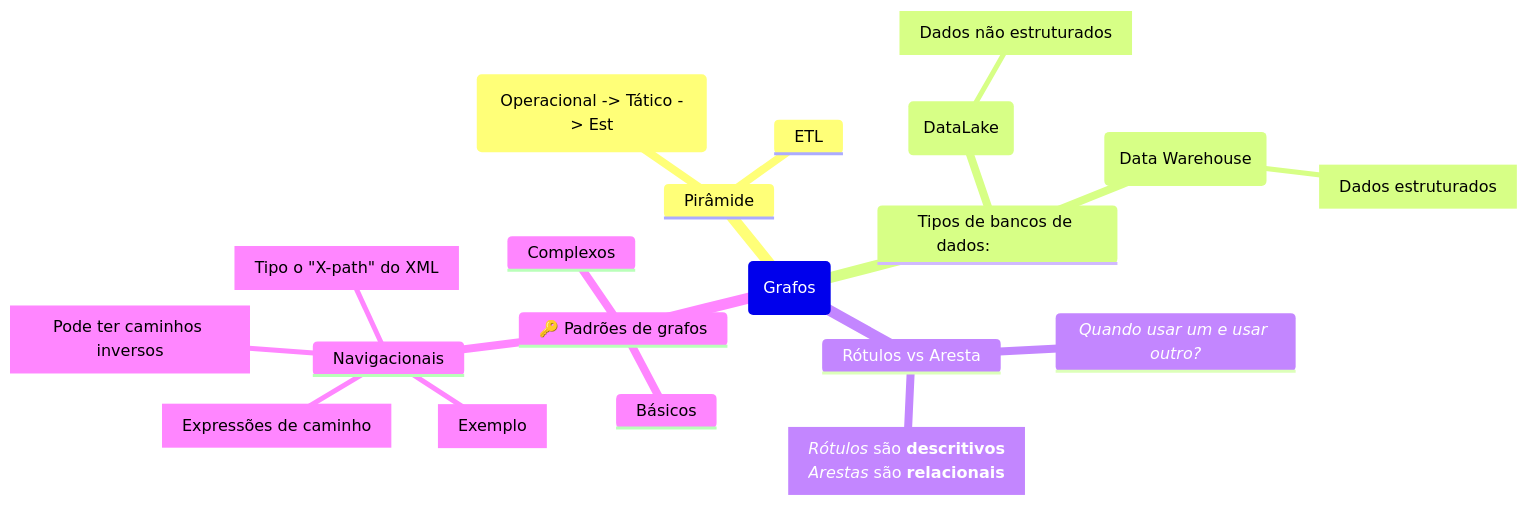
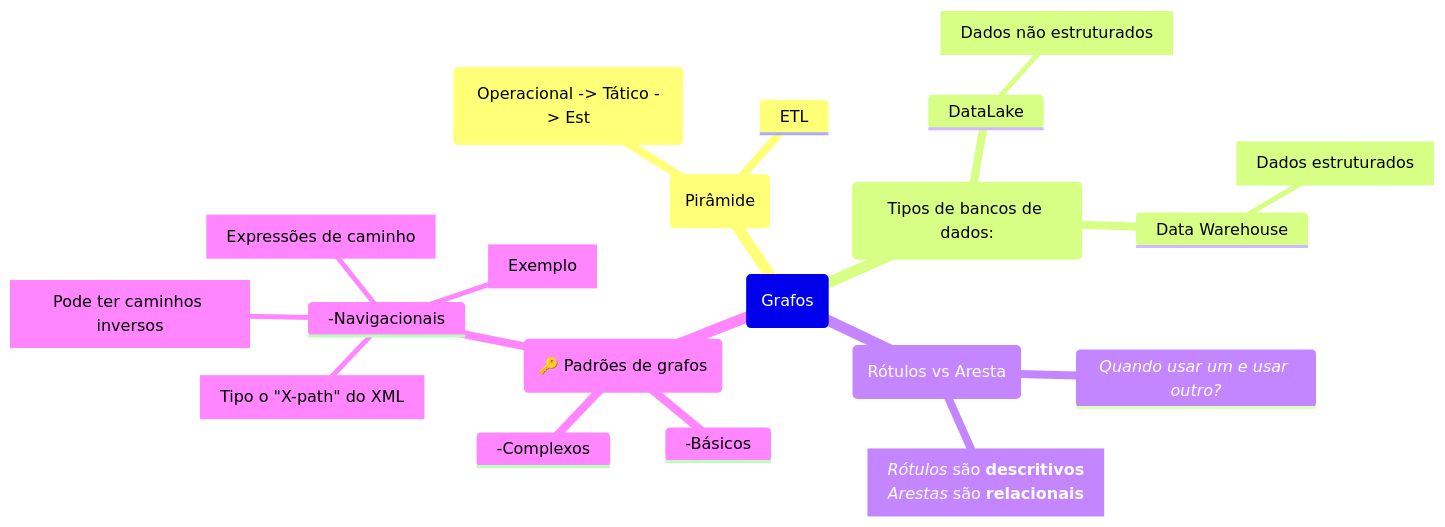
One commit to Igorino/joplin-notes changed the diagram in Mestrado/Segundo Semestre/SIN5033 - Grafos de conhecimento e Ontologias/Anotações/De Aulas/Aula do dia 2026 04 08.md. Above: the diagram before and after it, drawn with Mermaid.

Commit message:
Exported on 2026-04-08_15-54-52

````diff
--- a/Mestrado/Segundo Semestre/SIN5033 - Grafos de conhecimento e Ontologias/Anotações/De Aulas/Aula do dia 2026 04 08.md
+++ b/Mestrado/Segundo Semestre/SIN5033 - Grafos de conhecimento e Ontologias/Anotações/De Aulas/Aula do dia 2026 04 08.md
@@ -1,30 +1,30 @@
 ```mermaid
 mindmap
 	Root(Grafos)
-		Pirâmide
+		(Pirâmide)
 			("Operacional -> Tático -> Est")
 			ETL
 
-		Tipos de bancos de dados:		
-			(DataLake)
+		(Tipos de bancos de dados:)		
+			DataLake
 				[Dados não estruturados]
-			(Data Warehouse)
+			Data Warehouse
 				[Dados estruturados]
 
-		Rótulos vs Aresta
+		(Rótulos vs Aresta)
 			*Quando usar um e usar outro?*
 			[*Rótulos* são **descritivos**
 			*Arestas* são **relacionais**]
 
-		🔑 Padrões de grafos
-			Básicos
-			Complexos
-			Navigacionais
+		(🔑 Padrões de grafos)
+			-Básicos
+			-Complexos
+			-Navigacionais
 				[Tipo o "X-path" do XML]
 				["Expressões de caminho"]
 				[Pode ter caminhos inversos]
 				[Exemplo]
 
 
 			
 ```
````
